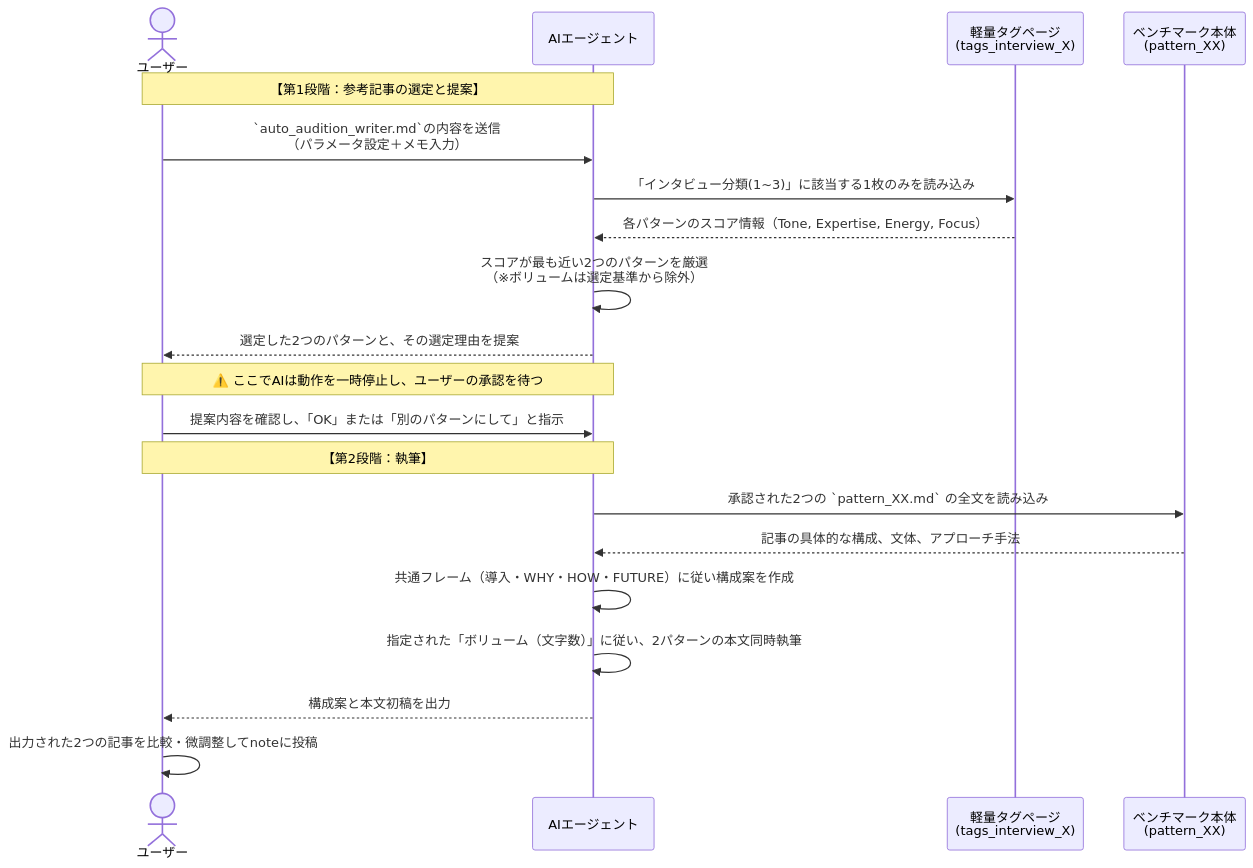
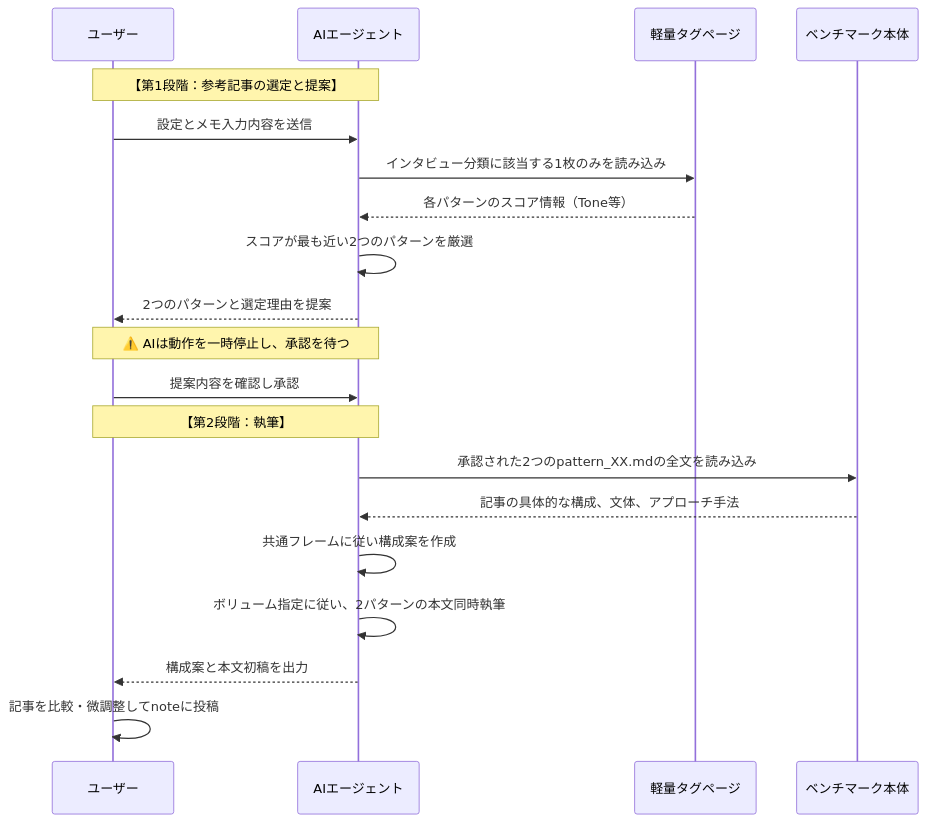
The diagram in README.md (shiomiayari/note-generator), drawn with Mermaid before and after one commit.

Commit message:
fix: resolve mermaid syntax errors by removing unsupported characters

````diff
--- a/README.md
+++ b/README.md
@@ -52,27 +52,27 @@
 ```mermaid
 sequenceDiagram
-    actor User as ユーザー
+    participant User as ユーザー
     participant AI as AIエージェント
-    participant Tags as 軽量タグページ<br/>(tags_interview_X)
-    participant Pattern as ベンチマーク本体<br/>(pattern_XX)
+    participant Tags as 軽量タグページ
+    participant Pattern as ベンチマーク本体
 
     Note over User,AI: 【第1段階：参考記事の選定と提案】
-    User->>AI: `auto_audition_writer.md`の内容を送信<br/>（パラメータ設定＋メモ入力）
-    AI->>Tags: 「インタビュー分類(1~3)」に該当する1枚のみを読み込み
-    Tags-->>AI: 各パターンのスコア情報（Tone, Expertise, Energy, Focus）
-    AI->>AI: スコアが最も近い2つのパターンを厳選<br/>（※ボリュームは選定基準から除外）
-    AI-->>User: 選定した2つのパターンと、その選定理由を提案
+    User->>AI: 設定とメモ入力内容を送信
+    AI->>Tags: インタビュー分類に該当する1枚のみを読み込み
+    Tags-->>AI: 各パターンのスコア情報（Tone等）
+    AI->>AI: スコアが最も近い2つのパターンを厳選
+    AI-->>User: 2つのパターンと選定理由を提案
 
-    Note over User,AI: ⚠️ ここでAIは動作を一時停止し、ユーザーの承認を待つ
+    Note over User,AI: ⚠️ AIは動作を一時停止し、承認を待つ
     
-    User->>AI: 提案内容を確認し、「OK」または「別のパターンにして」と指示
+    User->>AI: 提案内容を確認し承認
 
     Note over User,AI: 【第2段階：執筆】
-    AI->>Pattern: 承認された2つの `pattern_XX.md` の全文を読み込み
+    AI->>Pattern: 承認された2つのpattern_XX.mdの全文を読み込み
     Pattern-->>AI: 記事の具体的な構成、文体、アプローチ手法
-    AI->>AI: 共通フレーム（導入・WHY・HOW・FUTURE）に従い構成案を作成
-    AI->>AI: 指定された「ボリューム（文字数）」に従い、2パターンの本文同時執筆
+    AI->>AI: 共通フレームに従い構成案を作成
+    AI->>AI: ボリューム指定に従い、2パターンの本文同時執筆
     AI-->>User: 構成案と本文初稿を出力
     
-    User->>User: 出力された2つの記事を比較・微調整してnoteに投稿
+    User->>User: 記事を比較・微調整してnoteに投稿
 ```
````
